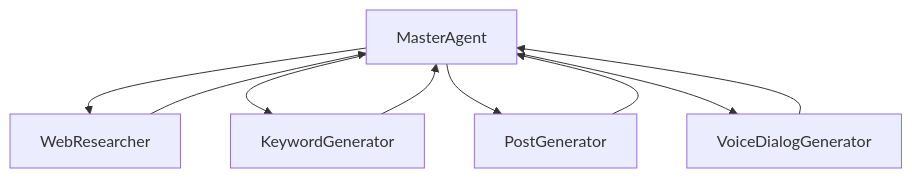
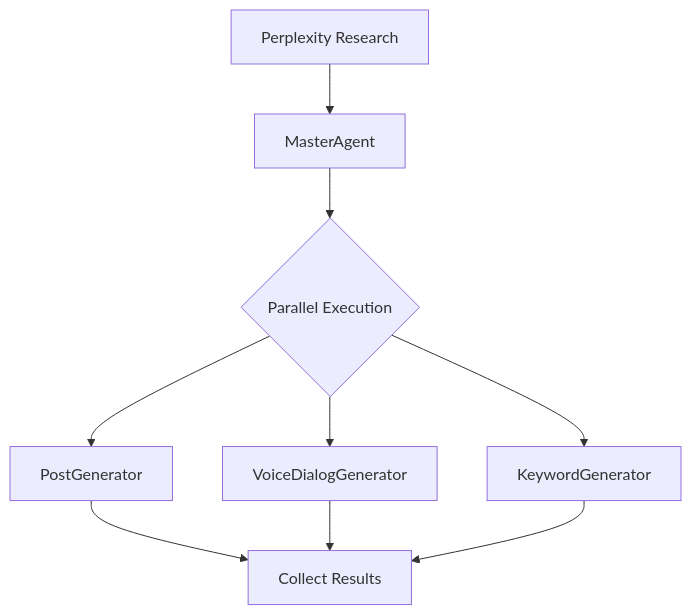
Before and after one commit to wubbyweb/agentic-podcast-generator: the diagram in sequence.md, drawn with Mermaid. The commit also changed 8 other files, not shown here.

````diff
--- a/sequence.md
+++ b/sequence.md
@@ -1,11 +1,11 @@
 ``` mermaid
 graph TD
-    MasterAgent --> WebResearcher;
-    MasterAgent --> KeywordGenerator;
-    WebResearcher --> MasterAgent;
-    KeywordGenerator --> MasterAgent;
-    MasterAgent --> PostGenerator;
-    PostGenerator --> MasterAgent;
-    MasterAgent --> VoiceDialogGenerator;
-    VoiceDialogGenerator --> MasterAgent;
+    A[Perplexity Research] --> B[MasterAgent]
+    B --> C{Parallel Execution}
+    C --> D[PostGenerator]
+    C --> E[VoiceDialogGenerator]
+    C --> F[KeywordGenerator]
+    D --> G[Collect Results]
+    E --> G
+    F --> G
 ```
````
